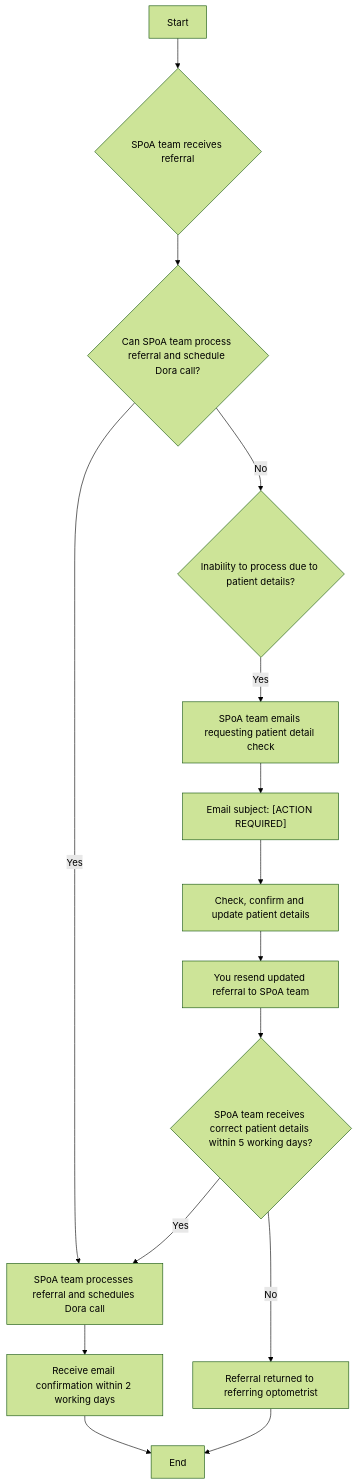
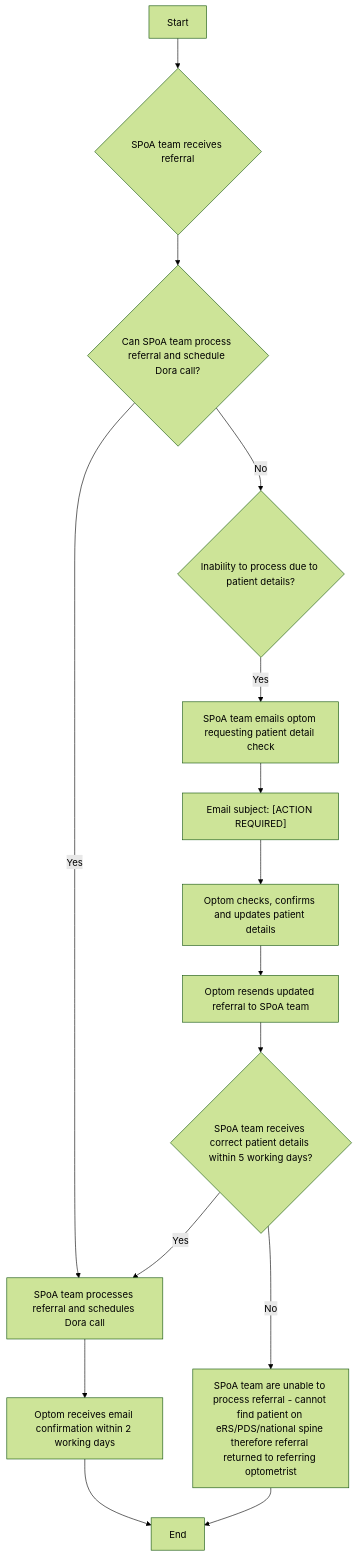
Before and after one commit to lkstacey/golive: the diagram in HIoW-SPoA-OptomFlow.md, drawn with Mermaid (forest theme).

Commit message:
Update HIoW-SPoA-OptomFlow.md
Updating info on why referrals are returned i.e. no eRS lookup

````diff
--- a/HIoW-SPoA-OptomFlow.md
+++ b/HIoW-SPoA-OptomFlow.md
@@ -1,23 +1,23 @@
 ```mermaid
 graph TD
     A[Start] --> B{SPoA team receives referral};
 
     B --> C{Can SPoA team process referral and schedule Dora call?};
 
     C -- Yes --> D[SPoA team processes referral and schedules Dora call];
-    D --> E[Receive email confirmation within 2 working days];
+    D --> E[Optom receives email confirmation within 2 working days];
     E --> F[End];
 
     C -- No --> G{Inability to process due to patient details?};
 
-    G -- Yes --> H[SPoA team emails requesting patient detail check];
+    G -- Yes --> H[SPoA team emails optom requesting patient detail check];
     H --> I[Email subject: #91;ACTION REQUIRED#93;];
-    I --> J[Check, confirm and update patient details];
-    J --> K[You resend updated referral to SPoA team];
+    I --> J[Optom checks, confirms and updates patient details];
+    J --> K[Optom resends updated referral to SPoA team];
 
     K --> L{SPoA team receives correct patient details within 5 working days?};
 
     L -- Yes --> D;
-    L -- No --> M[Referral returned to referring optometrist];
+    L -- No --> M[SPoA team are unable to process referral - cannot find patient on eRS/PDS/national spine therefore referral returned to referring optometrist];
     M --> F;
 ```
````
